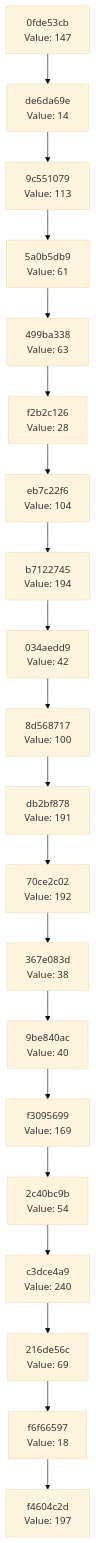
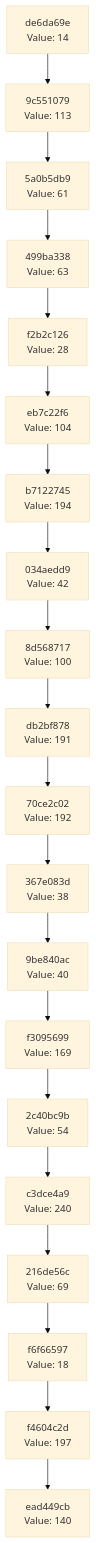
One commit to Abhisheksinha1506/hash-chain-evolver changed the diagram in docs/CHAIN_VISUALIZATION.md. Above: the diagram before and after it, drawn with Mermaid (base theme). The commit also changed 3 other files, not shown here.

````diff
--- a/docs/CHAIN_VISUALIZATION.md
+++ b/docs/CHAIN_VISUALIZATION.md
@@ -3,42 +3,42 @@
 ```mermaid
 graph TD
-    C0["f4604c2d<br/>Value: 197"]
-    C1["f6f66597<br/>Value: 18"]
+    C0["ead449cb<br/>Value: 140"]
+    C1["f4604c2d<br/>Value: 197"]
     C1 --> C0
-    C2["216de56c<br/>Value: 69"]
+    C2["f6f66597<br/>Value: 18"]
     C2 --> C1
-    C3["c3dce4a9<br/>Value: 240"]
+    C3["216de56c<br/>Value: 69"]
     C3 --> C2
-    C4["2c40bc9b<br/>Value: 54"]
+    C4["c3dce4a9<br/>Value: 240"]
     C4 --> C3
-    C5["f3095699<br/>Value: 169"]
+    C5["2c40bc9b<br/>Value: 54"]
     C5 --> C4
-    C6["9be840ac<br/>Value: 40"]
+    C6["f3095699<br/>Value: 169"]
     C6 --> C5
-    C7["367e083d<br/>Value: 38"]
+    C7["9be840ac<br/>Value: 40"]
     C7 --> C6
-    C8["70ce2c02<br/>Value: 192"]
+    C8["367e083d<br/>Value: 38"]
     C8 --> C7
-    C9["db2bf878<br/>Value: 191"]
+    C9["70ce2c02<br/>Value: 192"]
     C9 --> C8
-    C10["8d568717<br/>Value: 100"]
+    C10["db2bf878<br/>Value: 191"]
     C10 --> C9
-    C11["034aedd9<br/>Value: 42"]
+    C11["8d568717<br/>Value: 100"]
     C11 --> C10
-    C12["b7122745<br/>Value: 194"]
+    C12["034aedd9<br/>Value: 42"]
     C12 --> C11
-    C13["eb7c22f6<br/>Value: 104"]
+    C13["b7122745<br/>Value: 194"]
     C13 --> C12
-    C14["f2b2c126<br/>Value: 28"]
+    C14["eb7c22f6<br/>Value: 104"]
     C14 --> C13
-    C15["499ba338<br/>Value: 63"]
+    C15["f2b2c126<br/>Value: 28"]
     C15 --> C14
-    C16["5a0b5db9<br/>Value: 61"]
+    C16["499ba338<br/>Value: 63"]
     C16 --> C15
-    C17["9c551079<br/>Value: 113"]
+    C17["5a0b5db9<br/>Value: 61"]
     C17 --> C16
-    C18["de6da69e<br/>Value: 14"]
+    C18["9c551079<br/>Value: 113"]
     C18 --> C17
-    C19["0fde53cb<br/>Value: 147"]
+    C19["de6da69e<br/>Value: 14"]
     C19 --> C18
 ```
````
